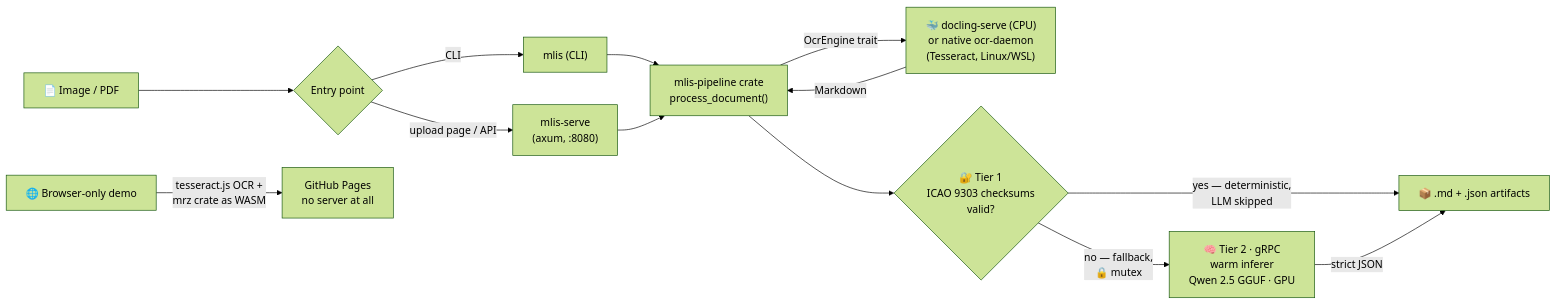
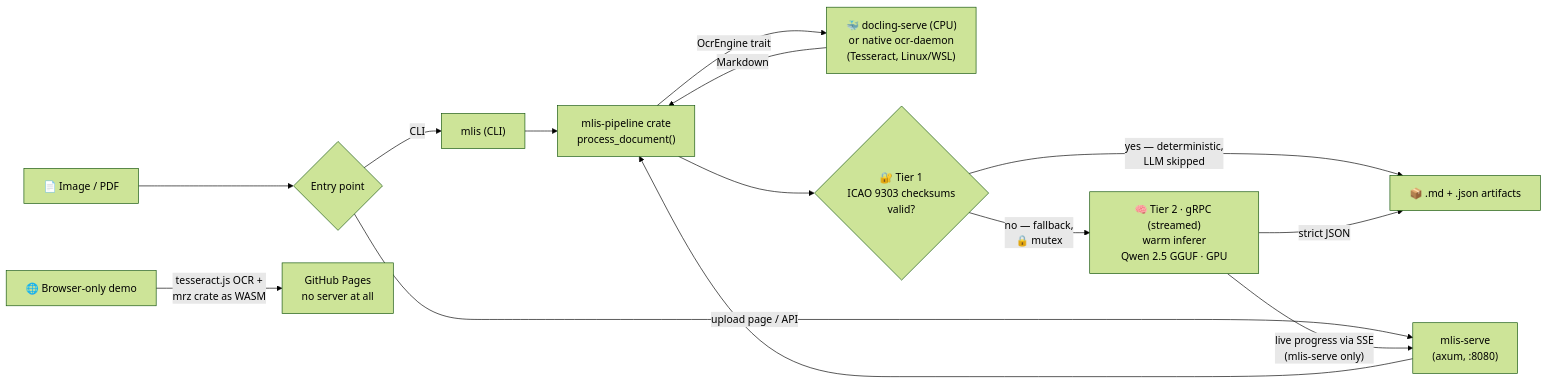
Before and after one commit to ruledicaprio/SynthPass: the diagram in README.md, drawn with Mermaid (forest theme). The commit also changed other lines of this file and 1 other file, not shown here.

Commit message:
docs: sync README/CHANGELOG for v0.5.0
Add the v0.5.0 changelog entry (streaming Tier-2 inference + native OCR
preprocessing) and reflect SSE progress in the README pipeline diagram
and repo layout.

````diff
--- a/README.md
+++ b/README.md
@@ -28,16 +28,17 @@
 ```mermaid
 flowchart LR
     A[📄 Image / PDF] --> B{Entry point}
     B -->|CLI| C["mlis (CLI)"]
     B -->|upload page / API| D["mlis-serve<br/>(axum, :8080)"]
     C --> E["mlis-pipeline crate<br/>process_document()"]
     D --> E
     E -->|"OcrEngine trait"| F["🐳 docling-serve (CPU)<br/>or native ocr-daemon<br/>(Tesseract, Linux/WSL)"]
     F -->|Markdown| E
     E --> T{"🔐 Tier 1<br/>ICAO 9303 checksums<br/>valid?"}
     T -->|"yes — deterministic,<br/>LLM skipped"| H[📦 .md + .json artifacts]
-    T -->|"no — fallback,<br/>🔒 mutex"| G["🧠 Tier 2 · gRPC<br/>warm inferer<br/>Qwen 2.5 GGUF · GPU"]
+    T -->|"no — fallback,<br/>🔒 mutex"| G["🧠 Tier 2 · gRPC (streamed)<br/>warm inferer<br/>Qwen 2.5 GGUF · GPU"]
+    G -->|"live progress via SSE<br/>(mlis-serve only)"| D
     G -->|strict JSON| H
 
     A2[🌐 Browser-only demo] -->|"tesseract.js OCR +<br/>mrz crate as WASM"| W["GitHub Pages<br/>no server at all"]
 ```
````
